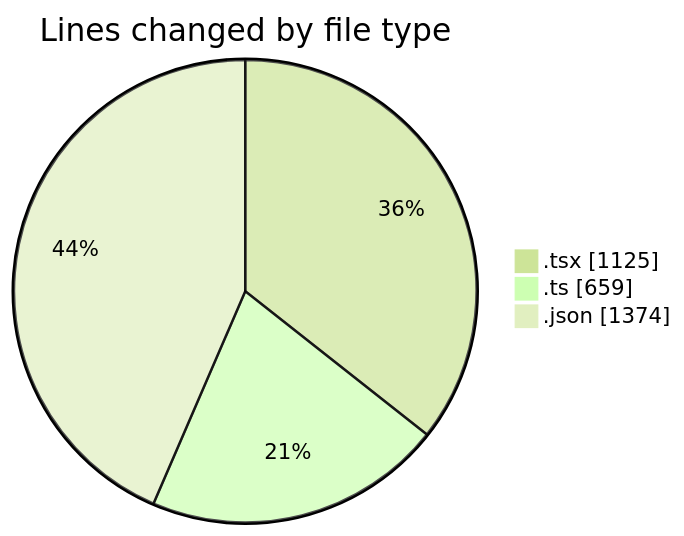
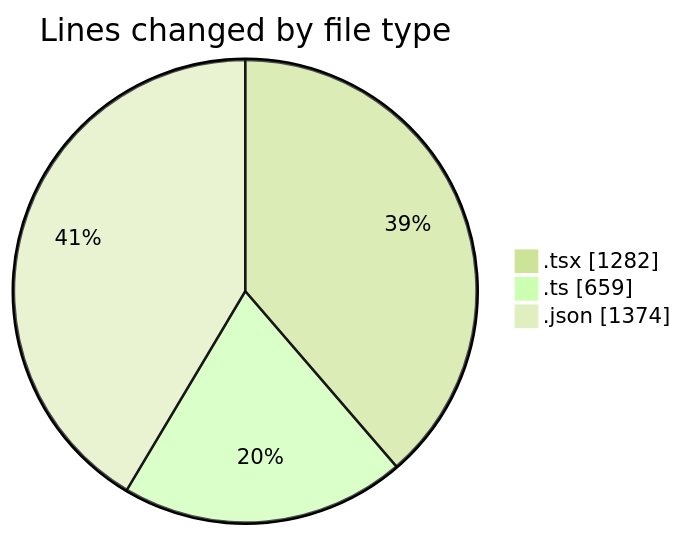
One commit to julien-gomy/code-tracking changed the first of 2 diagrams in 2025-10-16/eventscop-frontend-guide__workspace_/README.md. Above: the diagram before and after it, drawn with Mermaid (forest theme). The commit also changed other lines of this file and 1 other file, not shown here.

````diff
--- a/2025-10-16/eventscop-frontend-guide__workspace_/README.md
+++ b/2025-10-16/eventscop-frontend-guide__workspace_/README.md
@@ -36,7 +37,7 @@
 ```mermaid
 pie showData
 title Lines changed by file type
-".tsx" : 1125
+".tsx" : 1282
 ".ts" : 659
 ".json" : 1374
 ```
````
